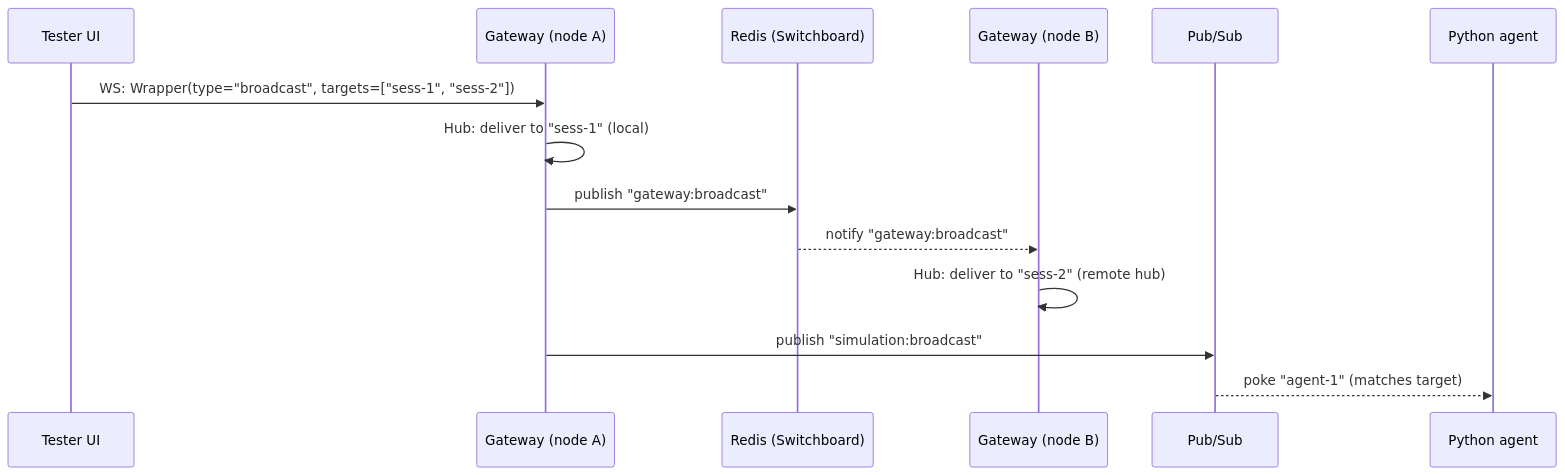
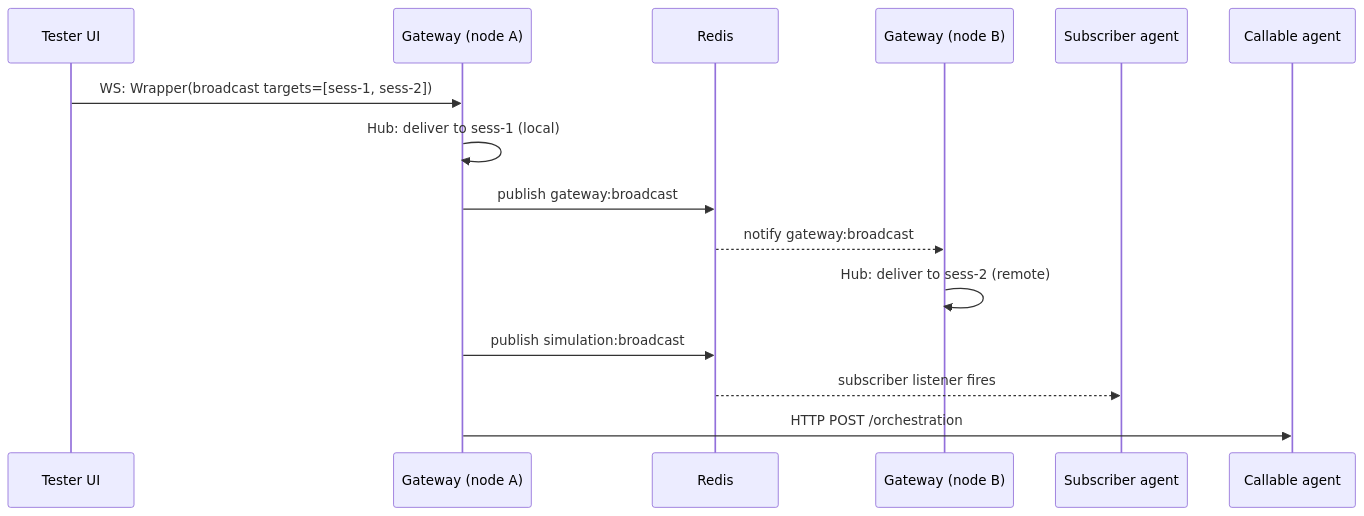
Before and after one commit to GoogleCloudPlatform/race-condition: the second of 2 diagrams in docs/architecture/communication_protocol.md, drawn with Mermaid. The commit also changed other lines of this file and 9 other files, not shown here.

````diff
--- a/docs/architecture/communication_protocol.md
+++ b/docs/architecture/communication_protocol.md
@@ -100,17 +117,18 @@
 ```mermaid
 sequenceDiagram
     participant UI as Tester UI
     participant GW1 as Gateway (node A)
-    participant Redis as Redis (Switchboard)
+    participant Redis as Redis
     participant GW2 as Gateway (node B)
-    participant PubSub as Pub/Sub
-    participant Agent as Python agent
+    participant Sub as Subscriber agent
+    participant Call as Callable agent
 
-    UI->>GW1: WS: Wrapper(type="broadcast", targets=["sess-1", "sess-2"])
-    GW1->>GW1: Hub: deliver to "sess-1" (local)
-    GW1->>Redis: publish "gateway:broadcast"
-    Redis-->>GW2: notify "gateway:broadcast"
-    GW2->>GW2: Hub: deliver to "sess-2" (remote hub)
-    GW1->>PubSub: publish "simulation:broadcast"
-    PubSub-->>Agent: poke "agent-1" (matches target)
+    UI->>GW1: WS: Wrapper(broadcast targets=[sess-1, sess-2])
+    GW1->>GW1: Hub: deliver to sess-1 (local)
+    GW1->>Redis: publish gateway:broadcast
+    Redis-->>GW2: notify gateway:broadcast
+    GW2->>GW2: Hub: deliver to sess-2 (remote)
+    GW1->>Redis: publish simulation:broadcast
+    Redis-->>Sub: subscriber listener fires
+    GW1->>Call: HTTP POST /orchestration
 ```
````
